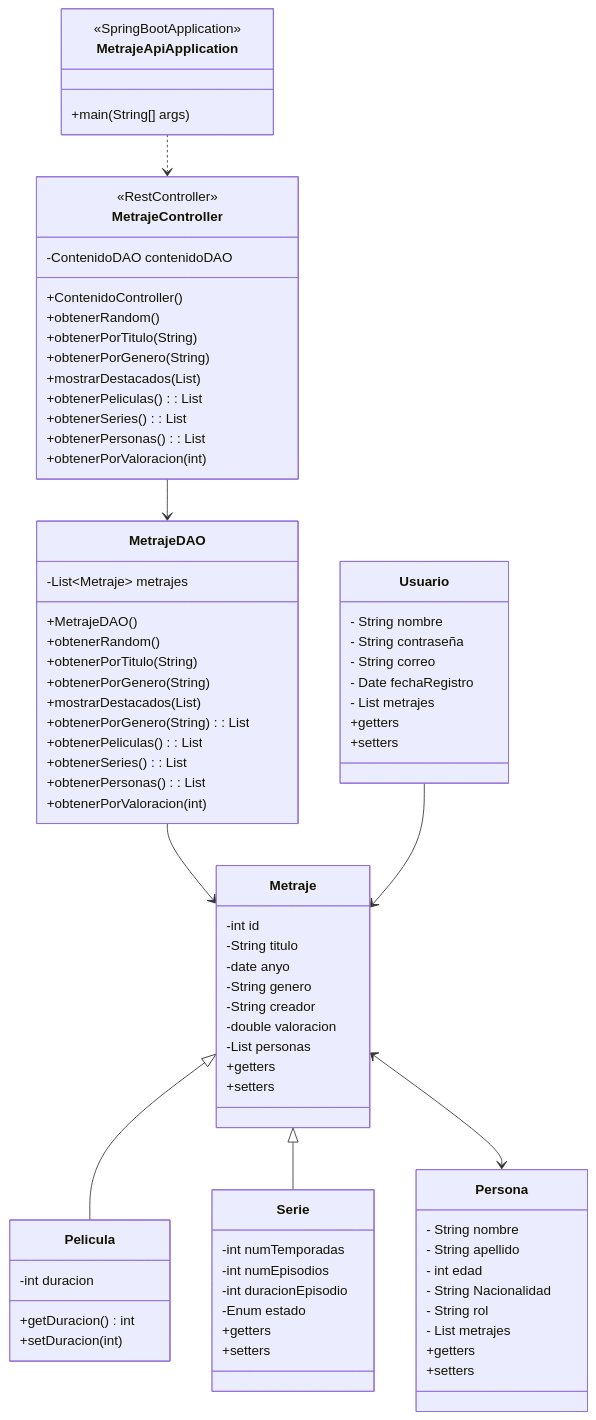
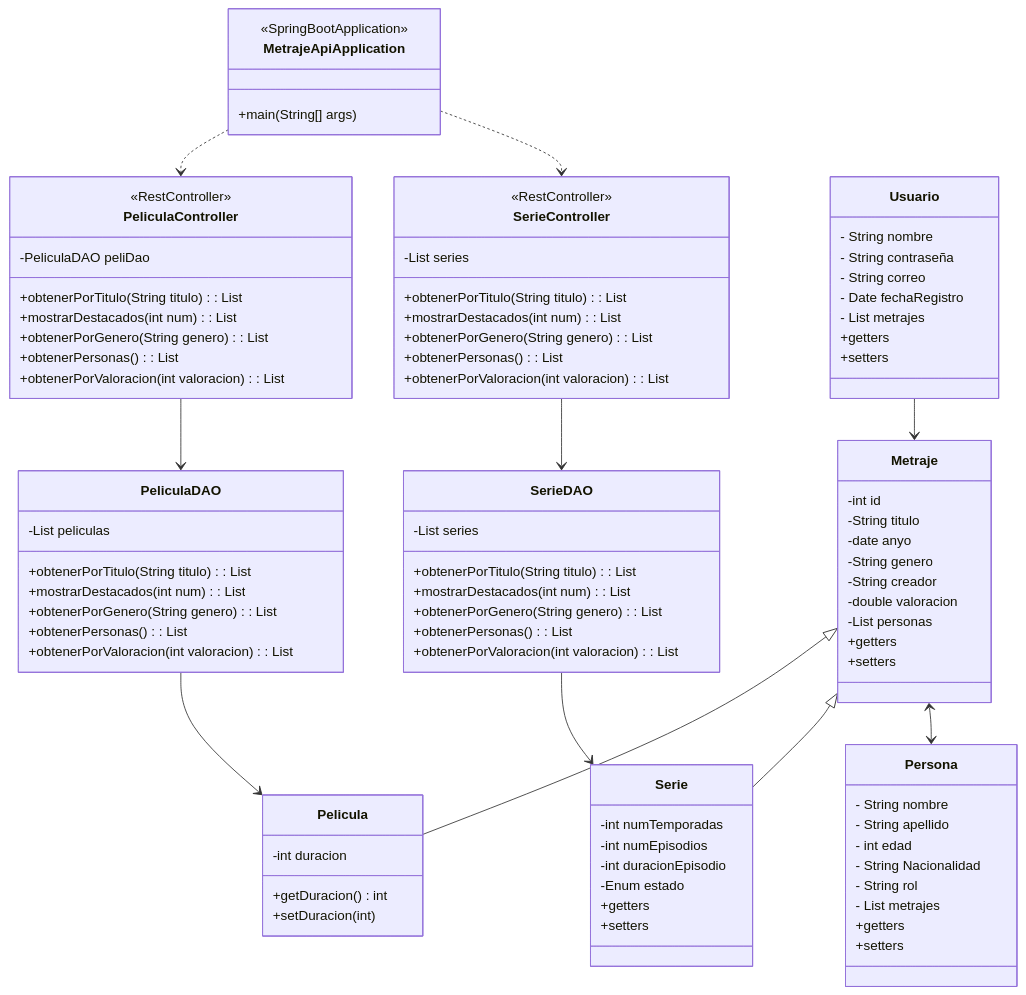
Before and after one commit to JesusCanas/PlotTwist: the diagram in diseño/diagrama_clase.md, drawn with Mermaid. The commit also changed 1 other file, not shown here.

Commit message:
cambios del diagrama de clases

````diff
--- a/diseño/diagrama_clase.md
+++ b/diseño/diagrama_clase.md
@@ -38,32 +38,42 @@
         +setters
     }
 
-    class  MetrajeDAO {
-        -List~Metraje~ metrajes
-        +MetrajeDAO()
-        +obtenerRandom() 
-        +obtenerPorTitulo(String) 
-        +obtenerPorGenero(String)
-        +mostrarDestacados(List<Metraje>)
-        +obtenerPorGenero(String) : List<Contenido>
-        +obtenerPeliculas() : List<Pelicula>
-        +obtenerSeries() : List<Serie>
-        +obtenerPersonas() : List<Personas>
-        +obtenerPorValoracion(int)
+    class PeliculaDAO {
+        -List<Pelicula> peliculas 
+        +obtenerPorTitulo(String titulo) : List<Pelicula>
+        +mostrarDestacados(int num) : List<Pelicula>
+        +obtenerPorGenero(String genero) : List<Pelicula>
+        +obtenerPersonas() : List<Persona>
+        +obtenerPorValoracion(int valoracion) : List<Pelicula>
     }
 
-    class MetrajeController {
+    class SerieDAO {
+        -List<Serie> series 
+        +obtenerPorTitulo(String titulo) : List<Serie>
+        +mostrarDestacados(int num) : List<Serie>
+        +obtenerPorGenero(String genero) : List<Serie>
+        +obtenerPersonas() : List<Persona>
+        +obtenerPorValoracion(int valoracion) : List<Serie>
+    }
+
+    class PeliculaController {
         <<RestController>>
-        -ContenidoDAO contenidoDAO
-        +ContenidoController()
-        +obtenerRandom()
-        +obtenerPorTitulo(String)
-        +obtenerPorGenero(String) 
-        +mostrarDestacados(List<Metraje>)
-        +obtenerPeliculas() : List<Pelicula>
-        +obtenerSeries() : List<Serie>
-        +obtenerPersonas() : List<Personas>
-        +obtenerPorValoracion(int)
+        -PeliculaDAO peliDao
+        +obtenerPorTitulo(String titulo) : List<Pelicula>
+        +mostrarDestacados(int num) : List<Pelicula>
+        +obtenerPorGenero(String genero) : List<Pelicula>
+        +obtenerPersonas() : List<Persona>
+        +obtenerPorValoracion(int valoracion) : List<Pelicula>
+    }
+
+      class SerieController {
+        <<RestController>>
+        -List<Serie> series 
+        +obtenerPorTitulo(String titulo) : List<Serie>
+        +mostrarDestacados(int num) : List<Serie>
+        +obtenerPorGenero(String genero) : List<Serie>
+        +obtenerPersonas() : List<Persona>
+        +obtenerPorValoracion(int valoracion) : List<Serie>
     }
 
     class MetrajeApiApplication {
@@ -84,10 +94,14 @@
     Metraje <|-- Pelicula
     Metraje <|-- Serie 
     Metraje <--> Persona
-    MetrajeDAO --> Metraje 
-    MetrajeController --> MetrajeDAO 
-    MetrajeApiApplication ..> MetrajeController 
+    SerieDAO --> Serie 
+    SerieController --> SerieDAO 
+    PeliculaDAO --> Pelicula 
+    PeliculaController --> PeliculaDAO 
+    MetrajeApiApplication ..> PeliculaController 
+    MetrajeApiApplication ..> SerieController 
     Usuario --> Metraje
+
 
     
 ```
````
